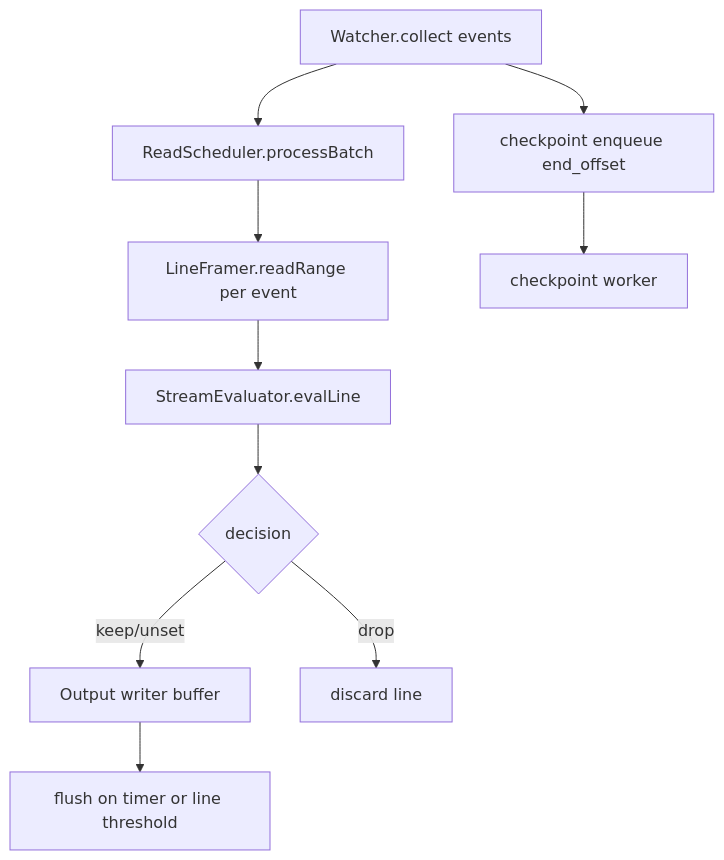
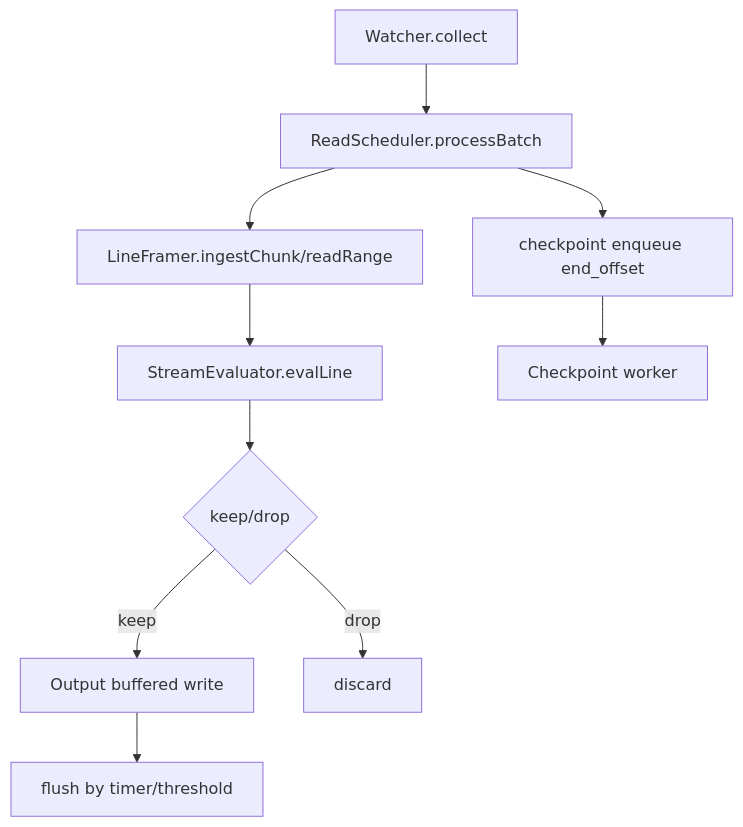
Before and after one commit to usetero/edge: the third of 9 diagrams in src/tail/README.md, drawn with Mermaid. The commit also changed other lines of this file and 19 other files, not shown here.

````diff
--- a/src/tail/README.md
+++ b/src/tail/README.md
@@ -56,12 +79,12 @@
 ```mermaid
 flowchart TD
-  A[Watcher.collect events] --> B[ReadScheduler.processBatch]
-  B --> C[LineFramer.readRange per event]
+  A[Watcher.collect] --> B[ReadScheduler.processBatch]
+  B --> C[LineFramer.ingestChunk/readRange]
   C --> D[StreamEvaluator.evalLine]
-  D --> E{decision}
-  E -- keep/unset --> F[Output writer buffer]
-  E -- drop --> G[discard line]
-  F --> H[flush on timer or line threshold]
-  A --> I[checkpoint enqueue end_offset]
-  I --> J[checkpoint worker]
+  D --> E{keep/drop}
+  E -- keep --> F[Output buffered write]
+  E -- drop --> G[discard]
+  B --> H[checkpoint enqueue end_offset]
+  H --> I[Checkpoint worker]
+  F --> J[flush by timer/threshold]
 ```
````
